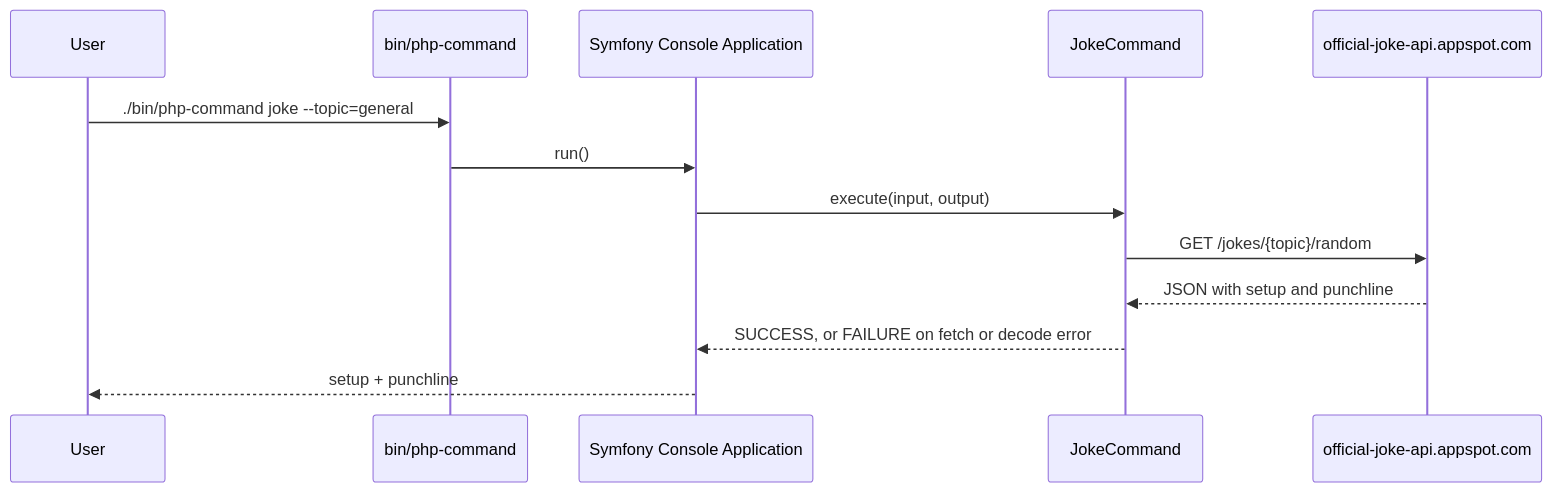
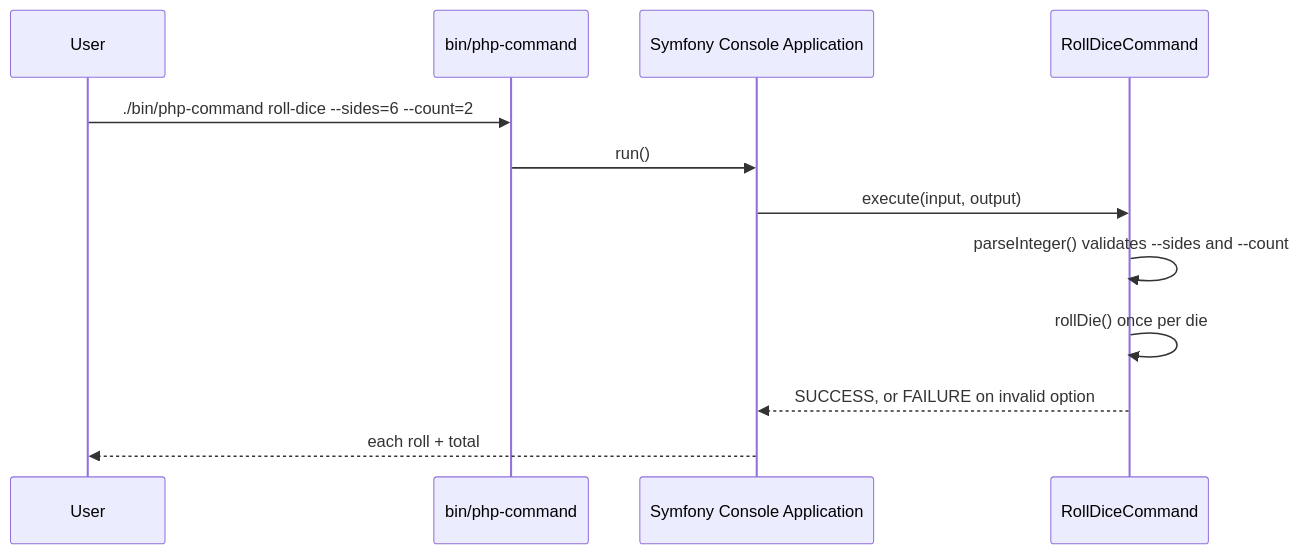
The first of 4 diagrams in docs/content/architecture/README.md (AlexSkrypnyk/scaffold), drawn with Mermaid before and after one commit. The commit also changed other lines of this file and 72 other files, not shown here.

Commit message:
Replaced the joke example with an offline 'roll-dice' command and dice-rolling shell script. (#687)

````diff
--- a/docs/content/architecture/README.md
+++ b/docs/content/architecture/README.md
@@ -19,16 +19,15 @@
 ```mermaid
-%% Traced from: bin/php-command, src/Command/JokeCommand.php.
+%% Traced from: bin/php-command, src/Command/RollDiceCommand.php.
 sequenceDiagram
     participant User
     participant Entry as bin/php-command
     participant App as Symfony Console Application
-    participant Joke as JokeCommand
-    participant API as official-joke-api.appspot.com
-    User->>Entry: ./bin/php-command joke --topic=general
+    participant Roll as RollDiceCommand
+    User->>Entry: ./bin/php-command roll-dice --sides=6 --count=2
     Entry->>App: run()
-    App->>Joke: execute(input, output)
-    Joke->>API: GET /jokes/{topic}/random
-    API-->>Joke: JSON with setup and punchline
-    Joke-->>App: SUCCESS, or FAILURE on fetch or decode error
-    App-->>User: setup + punchline
+    App->>Roll: execute(input, output)
+    Roll->>Roll: parseInteger() validates --sides and --count
+    Roll->>Roll: rollDie() once per die
+    Roll-->>App: SUCCESS, or FAILURE on invalid option
+    App-->>User: each roll + total
 ```
````
